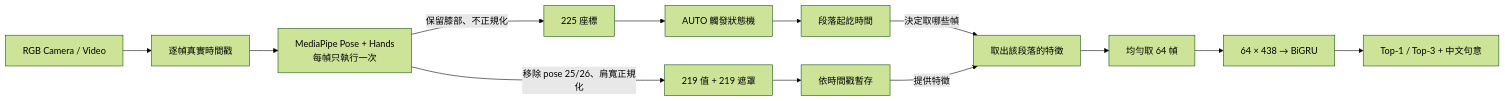
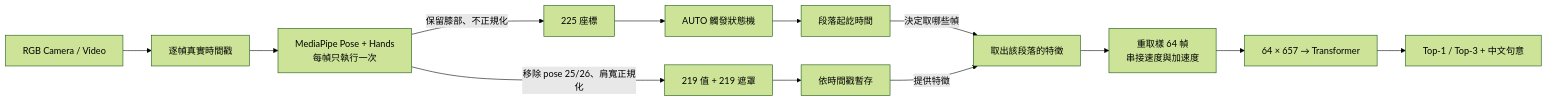
Before and after one commit to Mikullee/Sign-Language-Recognition-Gemma: the diagram in README.md, drawn with Mermaid (forest theme). The commit also changed other lines of this file and 6 other files, not shown here.

````diff
--- a/README.md
+++ b/README.md
@@ -189,15 +258,15 @@
 ```mermaid
 flowchart LR
     A["RGB Camera / Video"] --> B["逐幀真實時間戳"]
     B --> C["MediaPipe Pose + Hands<br/>每幀只執行一次"]
     C -->|"保留膝部、不正規化"| D["225 座標"]
     D --> E["AUTO 觸發狀態機"]
     E --> F["段落起訖時間"]
     C -->|"移除 pose 25/26、肩寬正規化"| G["219 值 + 219 遮罩"]
     G --> H["依時間戳暫存"]
     F -->|"決定取哪些幀"| I["取出該段落的特徵"]
     H -->|"提供特徵"| I
-    I --> J["均勻取 64 幀"]
-    J --> K["64 × 438 → BiGRU"]
+    I --> J["重取樣 64 幀<br/>串接速度與加速度"]
+    J --> K["64 × 657 → Transformer"]
     K --> L["Top-1 / Top-3 + 中文句意"]
 ```
````
